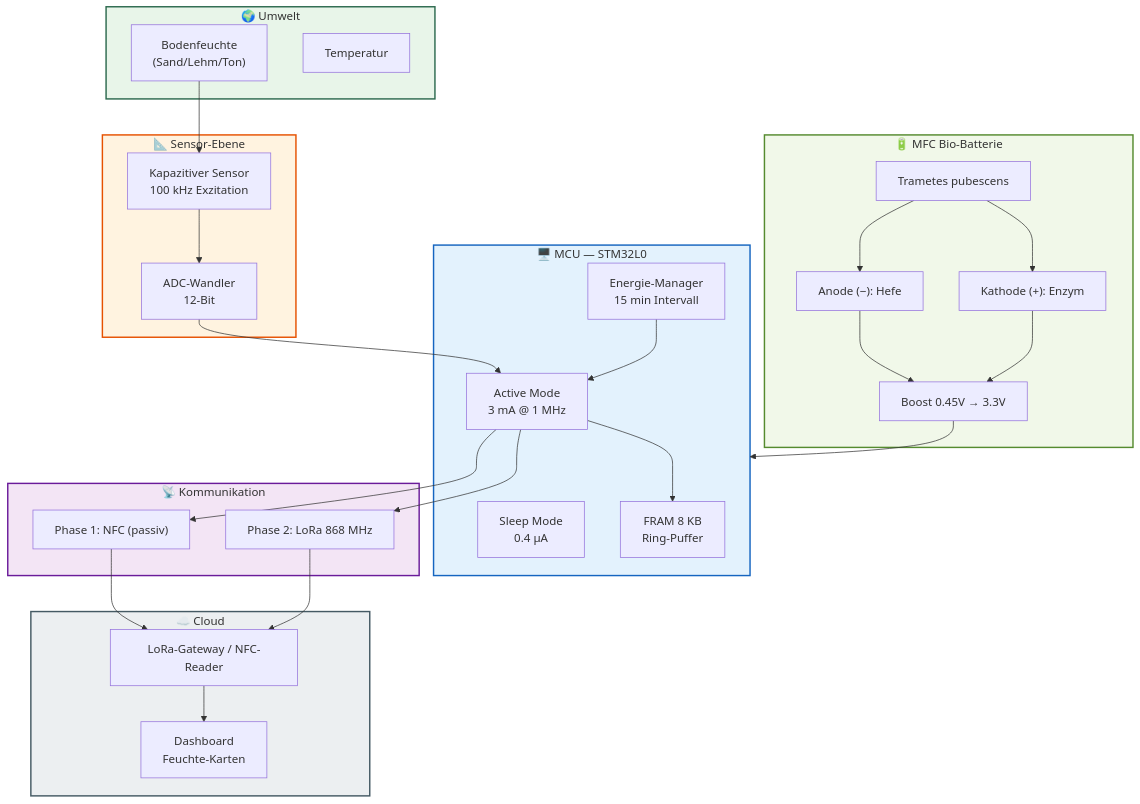
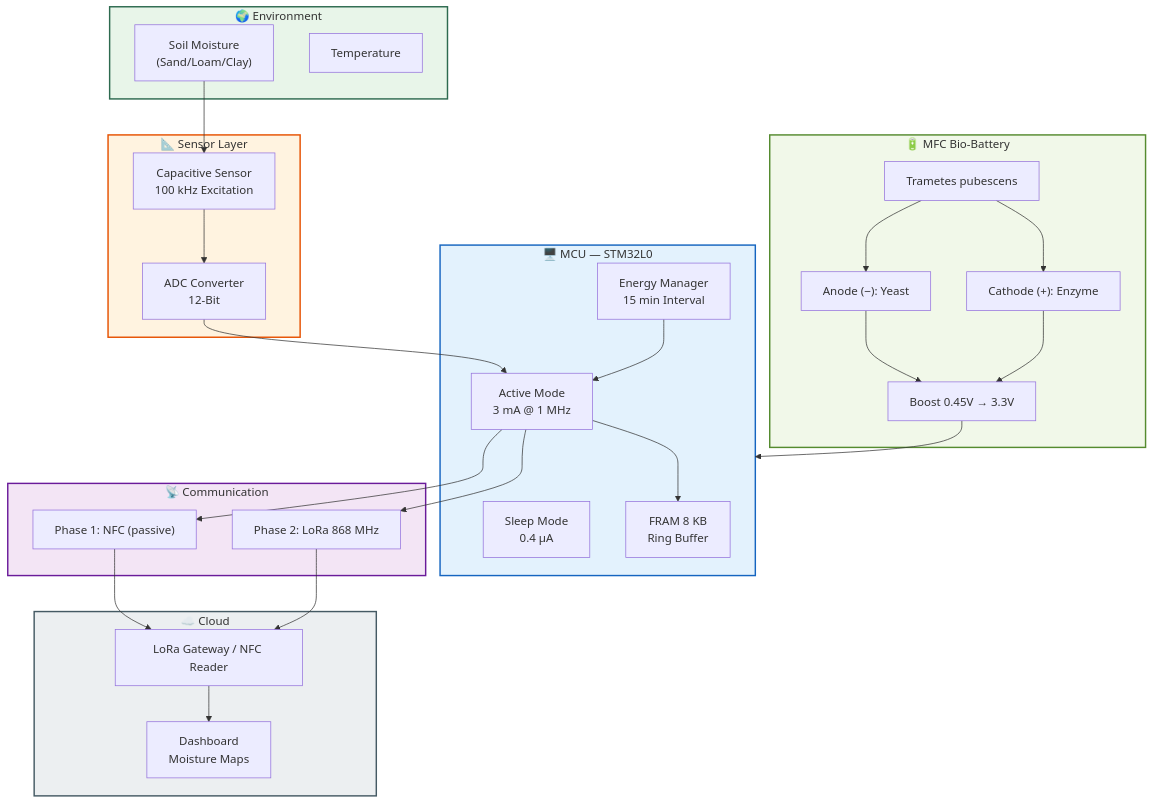
The first of 8 diagrams in README.md (tobias-weiss-ai-xr/mykovolt), drawn with Mermaid before and after one commit. The commit also changed other lines of this file and 1 other file, not shown here.

````diff
--- a/README.md
+++ b/README.md
@@ -59,48 +59,48 @@
 ```mermaid
 flowchart TD
-    subgraph ENV["🌍 Umwelt"]
-        SOIL["Bodenfeuchte\n(Sand/Lehm/Ton)"]
-        TEMP["Temperatur"]
+    subgraph ENV["🌍 Environment"]
+        SOIL["Soil Moisture\n(Sand/Loam/Clay)"]
+        TEMP["Temperature"]
     end
 
-    subgraph SENSOR["📐 Sensor-Ebene"]
-        ELEC["Kapazitiver Sensor\n100 kHz Exzitation"]
-        ADC["ADC-Wandler\n12-Bit"]
+    subgraph SENSOR["📐 Sensor Layer"]
+        ELEC["Capacitive Sensor\n100 kHz Excitation"]
+        ADC["ADC Converter\n12-Bit"]
     end
 
     subgraph MCU["🖥️ MCU — STM32L0"]
         SLEEP["Sleep Mode\n0.4 µA"]
         ACTIVE["Active Mode\n3 mA @ 1 MHz"]
-        FRAM["FRAM 8 KB\nRing-Puffer"]
-        CONTROL["Energie-Manager\n15 min Intervall"]
+        FRAM["FRAM 8 KB\nRing Buffer"]
+        CONTROL["Energy Manager\n15 min Interval"]
     end
 
-    subgraph BATTERY["🔋 MFC Bio-Batterie"]
+    subgraph BATTERY["🔋 MFC Bio-Battery"]
         FUNGUS["Trametes pubescens"]
-        ANODE["Anode (−): Hefe"]
-        CATHODE["Kathode (+): Enzym"]
+        ANODE["Anode (−): Yeast"]
+        CATHODE["Cathode (+): Enzyme"]
         BOOST["Boost 0.45V → 3.3V"]
     end
 
-    subgraph COMMS["📡 Kommunikation"]
-        NFC["Phase 1: NFC (passiv)"]
+    subgraph COMMS["📡 Communication"]
+        NFC["Phase 1: NFC (passive)"]
         LORA["Phase 2: LoRa 868 MHz"]
     end
 
     subgraph CLOUD["☁️ Cloud"]
-        GW["LoRa-Gateway / NFC-Reader"]
-        DASH["Dashboard\nFeuchte-Karten"]
+        GW["LoRa Gateway / NFC Reader"]
+        DASH["Dashboard\nMoisture Maps"]
     end
 
     SOIL --> ELEC --> ADC --> ACTIVE --> FRAM
     CONTROL --> ACTIVE
     FUNGUS --> ANODE & CATHODE --> BOOST --> MCU
     ACTIVE --> NFC & LORA --> GW --> DASH
 
     style ENV fill:#E8F5E9,stroke:#2D6A4F,stroke-width:2px
     style SENSOR fill:#FFF3E0,stroke:#E65100,stroke-width:2px
     style MCU fill:#E3F2FD,stroke:#1565C0,stroke-width:2px
     style BATTERY fill:#F1F8E9,stroke:#558B2F,stroke-width:2px
     style COMMS fill:#F3E5F5,stroke:#6A1B9A,stroke-width:2px
     style CLOUD fill:#ECEFF1,stroke:#455A64,stroke-width:2px
 ```
````
